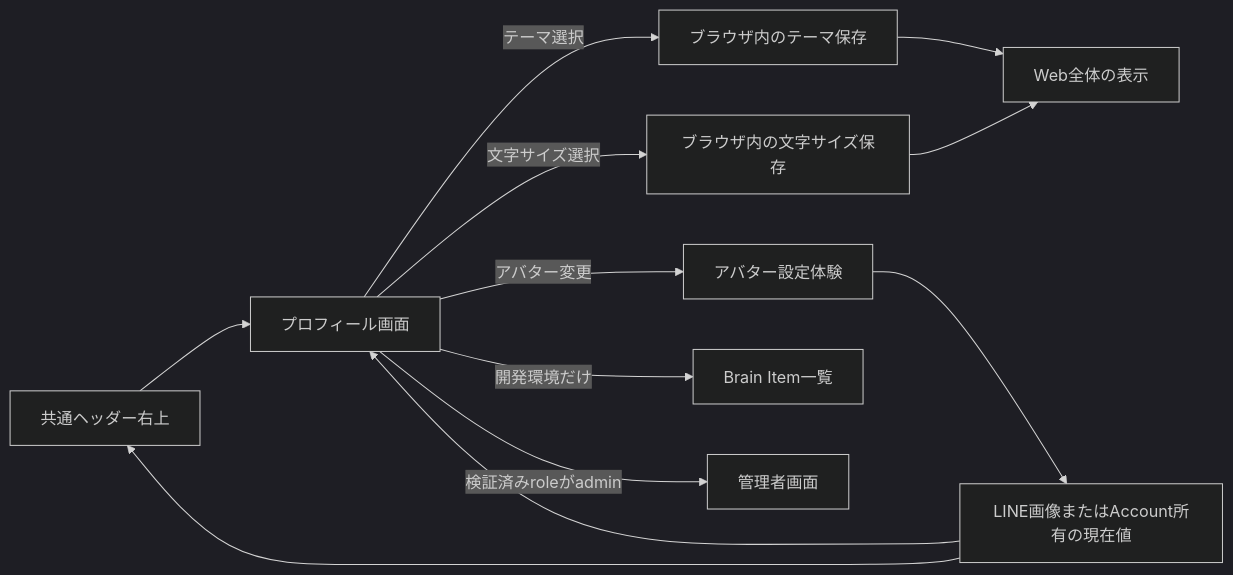
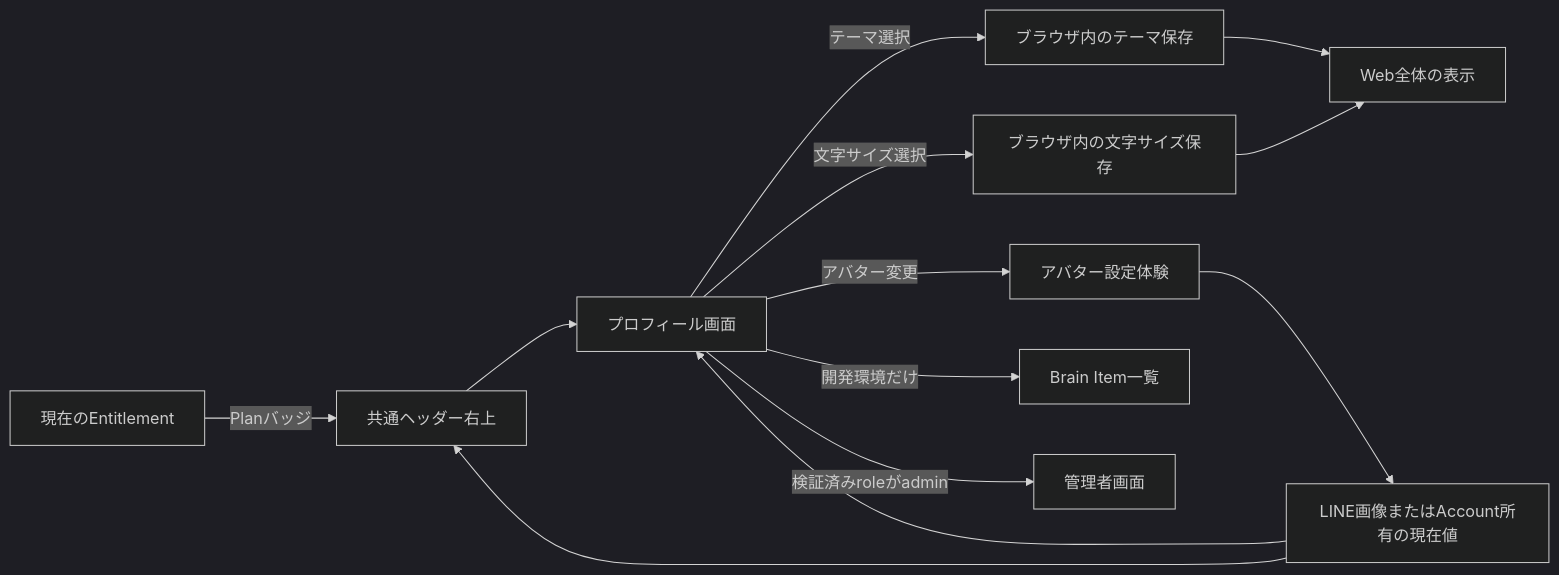
One commit to kkyosuke/me-builder changed the second of 2 diagrams in docs/product/profile-settings-experience.md. Above: the diagram before and after it, drawn with Mermaid (dark theme). The commit also changed other lines of this file and 6 other files, not shown here.

````diff
--- a/docs/product/profile-settings-experience.md
+++ b/docs/product/profile-settings-experience.md
@@ -189,14 +205,15 @@
 ```mermaid
 flowchart LR
     H[共通ヘッダー右上] --> P[プロフィール画面]
     P -->|テーマ選択| B[ブラウザ内のテーマ保存]
     B --> V[Web全体の表示]
     P -->|文字サイズ選択| F[ブラウザ内の文字サイズ保存]
     F --> V
     P -->|アバター変更| A[アバター設定体験]
     P -->|開発環境だけ| BI[Brain Item一覧]
     P -->|検証済みroleがadmin| M[管理者画面]
     A --> D[LINE画像またはAccount所有の現在値]
     D --> P
     D --> H
+    E[現在のEntitlement] -->|Planバッジ| H
 ```
````
